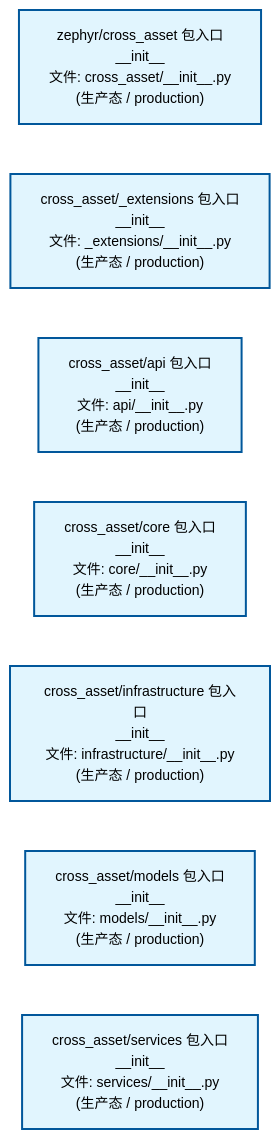
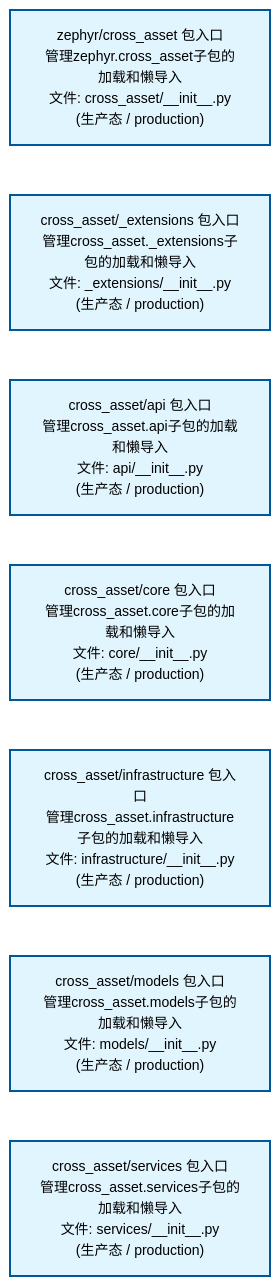
The first of 2 diagrams in docs/02_enterprise_architecture/02_domain_architecture_docs/40_d_cross_asset.md (xuanFelixVan/ZephyrAlpha), drawn with Mermaid before and after one commit. The commit also changed other lines of this file and 62 other files, not shown here.

````diff
--- a/docs/02_enterprise_architecture/02_domain_architecture_docs/40_d_cross_asset.md
+++ b/docs/02_enterprise_architecture/02_domain_architecture_docs/40_d_cross_asset.md
@@ -53,22 +53,22 @@
 ```mermaid
 %%{init: {'theme': 'base', 'themeVariables': {'primaryColor': '#eaeaea', 'primaryTextColor': '#333333', 'primaryBorderColor': '#666666', 'lineColor': '#666666', 'secondaryColor': '#eaeaea', 'tertiaryColor': '#eaeaea', 'fontSize': '14px'}}}%%
 flowchart TD
-    src_zephyr_cross_asset_init_py["zephyr/cross_asset 包入口<br/>__init__<br/>文件: cross_asset/__init__.py<br/>(生产态 / production)"]
-    src_zephyr_cross_asset_extensions_init_py["cross_asset/_extensions 包入口<br/>__init__<br/>文件: _extensions/__init__.py<br/>(生产态 / production)"]
-    src_zephyr_cross_asset_api_init_py["cross_asset/api 包入口<br/>__init__<br/>文件: api/__init__.py<br/>(生产态 / production)"]
-    src_zephyr_cross_asset_core_init_py["cross_asset/core 包入口<br/>__init__<br/>文件: core/__init__.py<br/>(生产态 / production)"]
-    src_zephyr_cross_asset_infrastructure_init_py["cross_asset/infrastructure 包入口<br/>__init__<br/>文件: infrastructure/__init__.py<br/>(生产态 / production)"]
-    src_zephyr_cross_asset_models_init_py["cross_asset/models 包入口<br/>__init__<br/>文件: models/__init__.py<br/>(生产态 / production)"]
-    src_zephyr_cross_asset_services_init_py["cross_asset/services 包入口<br/>__init__<br/>文件: services/__init__.py<br/>(生产态 / production)"]
+    src_zephyr_cross_asset_init_py["zephyr/cross_asset 包入口<br/>管理zephyr.cross_asset子包的加载和懒导入<br/>文件: cross_asset/__init__.py<br/>(生产态 / production)"]
+    src_zephyr_cross_asset_extensions_init_py["cross_asset/_extensions 包入口<br/>管理cross_asset._extensions子包的加载和懒导入<br/>文件: _extensions/__init__.py<br/>(生产态 / production)"]
+    src_zephyr_cross_asset_api_init_py["cross_asset/api 包入口<br/>管理cross_asset.api子包的加载和懒导入<br/>文件: api/__init__.py<br/>(生产态 / production)"]
+    src_zephyr_cross_asset_core_init_py["cross_asset/core 包入口<br/>管理cross_asset.core子包的加载和懒导入<br/>文件: core/__init__.py<br/>(生产态 / production)"]
+    src_zephyr_cross_asset_infrastructure_init_py["cross_asset/infrastructure 包入口<br/>管理cross_asset.infrastructure子包的加载和懒导入<br/>文件: infrastructure/__init__.py<br/>(生产态 / production)"]
+    src_zephyr_cross_asset_models_init_py["cross_asset/models 包入口<br/>管理cross_asset.models子包的加载和懒导入<br/>文件: models/__init__.py<br/>(生产态 / production)"]
+    src_zephyr_cross_asset_services_init_py["cross_asset/services 包入口<br/>管理cross_asset.services子包的加载和懒导入<br/>文件: services/__init__.py<br/>(生产态 / production)"]
     src_zephyr_cross_asset_init_py ~~~ src_zephyr_cross_asset_extensions_init_py
     src_zephyr_cross_asset_extensions_init_py ~~~ src_zephyr_cross_asset_api_init_py
     src_zephyr_cross_asset_api_init_py ~~~ src_zephyr_cross_asset_core_init_py
     src_zephyr_cross_asset_core_init_py ~~~ src_zephyr_cross_asset_infrastructure_init_py
     src_zephyr_cross_asset_infrastructure_init_py ~~~ src_zephyr_cross_asset_models_init_py
     src_zephyr_cross_asset_models_init_py ~~~ src_zephyr_cross_asset_services_init_py
     classDef production fill:#e1f5fe,stroke:#01579b,stroke-width:2px,color:#000
     classDef design fill:#fff3e0,stroke:#e65100,stroke-width:2px,color:#000,stroke-dasharray: 5 5
     classDef external_prod fill:#e8f4fd,stroke:#0277bd,stroke-width:1px,color:#000
     classDef external_design fill:#fff8e7,stroke:#ef6c00,stroke-width:1px,color:#000,stroke-dasharray: 5 5
     class src_zephyr_cross_asset_init_py,src_zephyr_cross_asset_extensions_init_py,src_zephyr_cross_asset_api_init_py,src_zephyr_cross_asset_core_init_py,src_zephyr_cross_asset_infrastructure_init_py,src_zephyr_cross_asset_models_init_py,src_zephyr_cross_asset_services_init_py production
 ```
````
